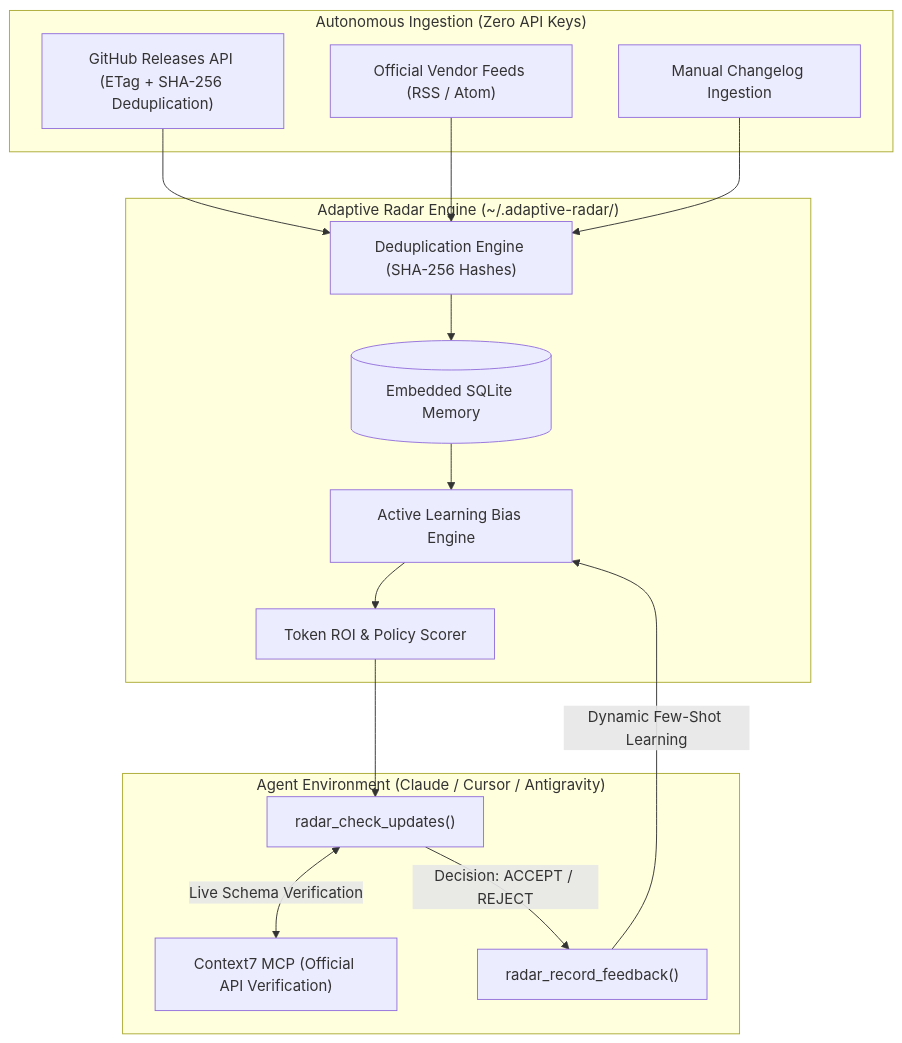
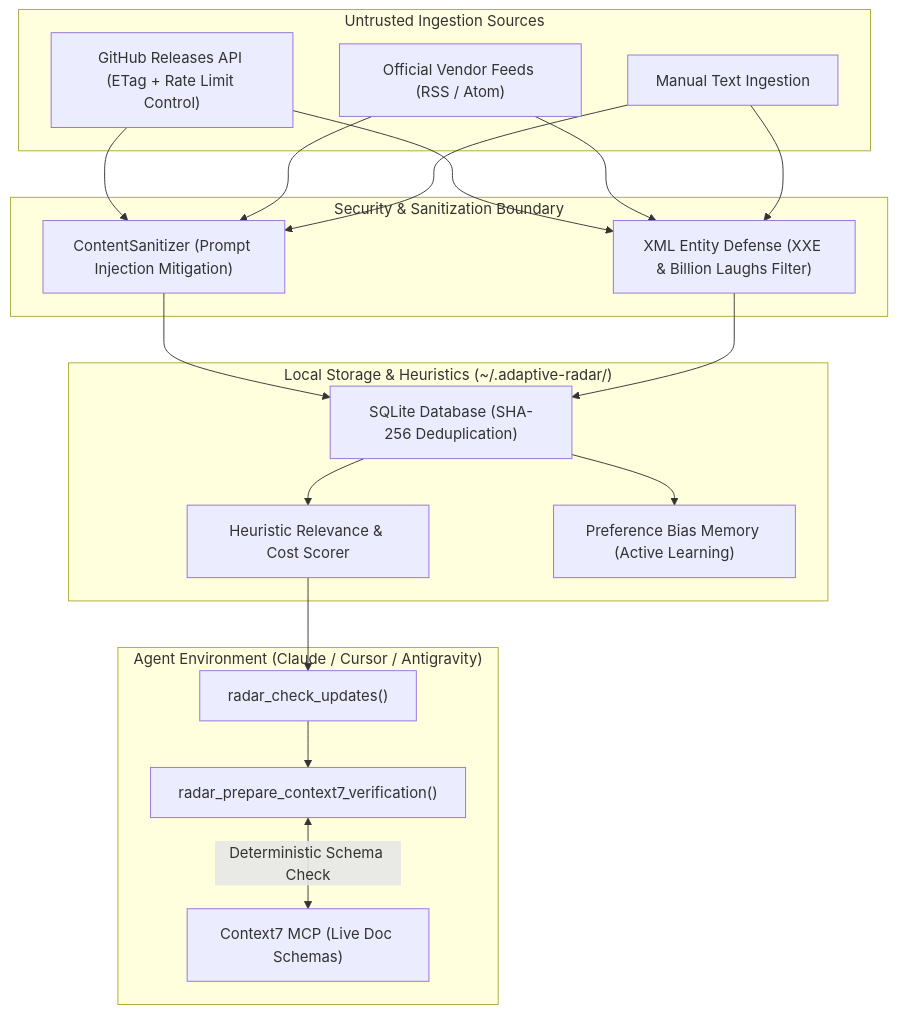
The diagram in README.md (SerhiiHirus/adaptive-radar-mcp), drawn with Mermaid before and after one commit. The commit also changed other lines of this file and 26 other files, not shown here.

Commit message:
feat: harden prompt injection defense, restructure package namespace, and add Context7 verification payload

````diff
--- a/README.md
+++ b/README.md
@@ -26,28 +26,32 @@
 ```mermaid
 flowchart TD
-    subgraph Ingestion ["Autonomous Ingestion (Zero API Keys)"]
-        A1["GitHub Releases API (ETag + SHA-256 Deduplication)"]
+    subgraph Ingestion ["Untrusted Ingestion Sources"]
+        A1["GitHub Releases API (ETag + Rate Limit Control)"]
         A2["Official Vendor Feeds (RSS / Atom)"]
-        A3["Manual Changelog Ingestion"]
+        A3["Manual Text Ingestion"]
     end
 
-    subgraph Core ["Adaptive Radar Engine (~/.adaptive-radar/)"]
-        B["Deduplication Engine (SHA-256 Hashes)"]
-        C[("Embedded SQLite Memory")]
-        D["Active Learning Bias Engine"]
-        E["Token ROI & Policy Scorer"]
+    subgraph Defense ["Security & Sanitization Boundary"]
+        B["ContentSanitizer (Prompt Injection Mitigation)"]
+        C["XML Entity Defense (XXE & Billion Laughs Filter)"]
+    end
+
+    subgraph Core ["Local Storage & Heuristics (~/.adaptive-radar/)"]
+        D["SQLite Database (SHA-256 Deduplication)"]
+        E["Heuristic Relevance & Cost Scorer"]
+        F["Preference Bias Memory (Active Learning)"]
     end
 
     subgraph Agent ["Agent Environment (Claude / Cursor / Antigravity)"]
-        F["radar_check_updates()"]
-        G["radar_record_feedback()"]
-        H["Context7 MCP (Official API Verification)"]
+        G["radar_check_updates()"]
+        H["radar_prepare_context7_verification()"]
+        I["Context7 MCP (Live Doc Schemas)"]
     end
 
-    A1 & A2 & A3 --> B --> C
-    C --> D --> E
-    E --> F
-    F <-->|Live Schema Verification| H
-    F -->|Decision: ACCEPT / REJECT| G
-    G -->|Dynamic Few-Shot Learning| D
+    A1 & A2 & A3 --> B & C
+    B & C --> D
+    D --> E & F
+    E --> G
+    G --> H
+    H <-->|Deterministic Schema Check| I
 ```
````
